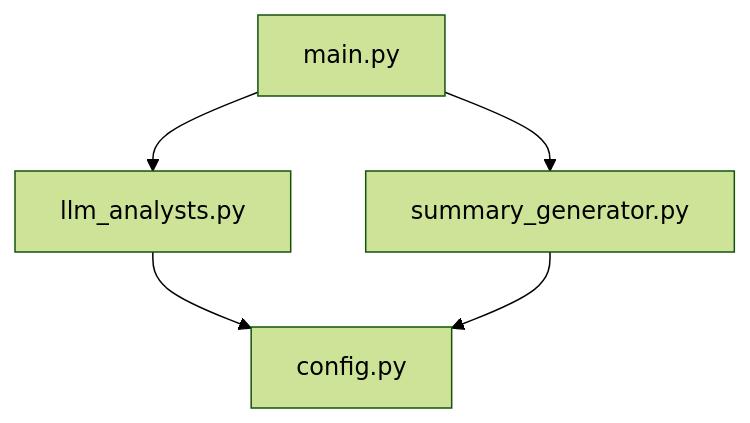
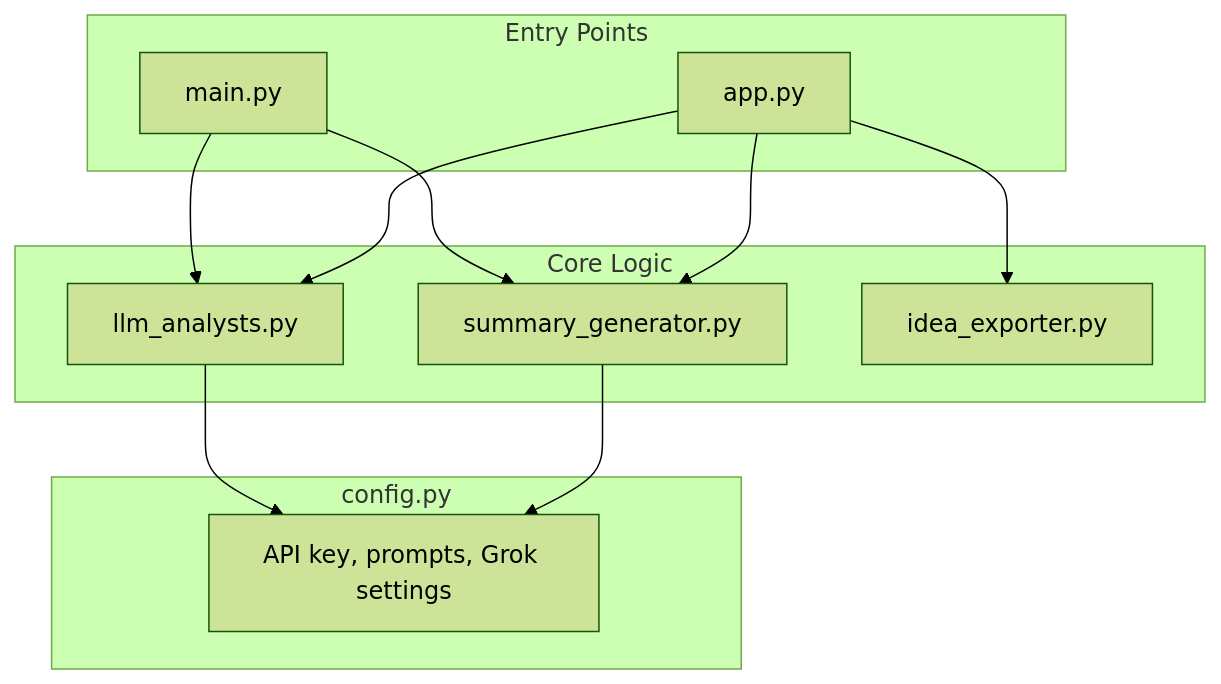
The fourth of 4 diagrams in README.md (dchong1/project_jam), drawn with Mermaid (forest theme) before and after one commit. The commit also changed other lines of this file and 9 other files, not shown here.

First line of the commit message:
Add thought process flowcharts, idea exporter, Streamlit updates

````diff
--- a/README.md
+++ b/README.md
@@ -28,7 +96,25 @@
 ```mermaid
 flowchart TB
-    main[main.py] --> llm[llm_analysts.py]
-    main --> summary[summary_generator.py]
-    llm --> config[config.py]
+    subgraph Entry["Entry Points"]
+        main[main.py]
+        app[app.py]
+    end
+
+    subgraph Core["Core Logic"]
+        llm[llm_analysts.py]
+        summary[summary_generator.py]
+        exporter[idea_exporter.py]
+    end
+
+    subgraph Config["config.py"]
+        config[API key, prompts, Grok settings]
+    end
+
+    main --> llm
+    main --> summary
+    app --> llm
+    app --> summary
+    app --> exporter
+    llm --> config
     summary --> config
 ```
````
